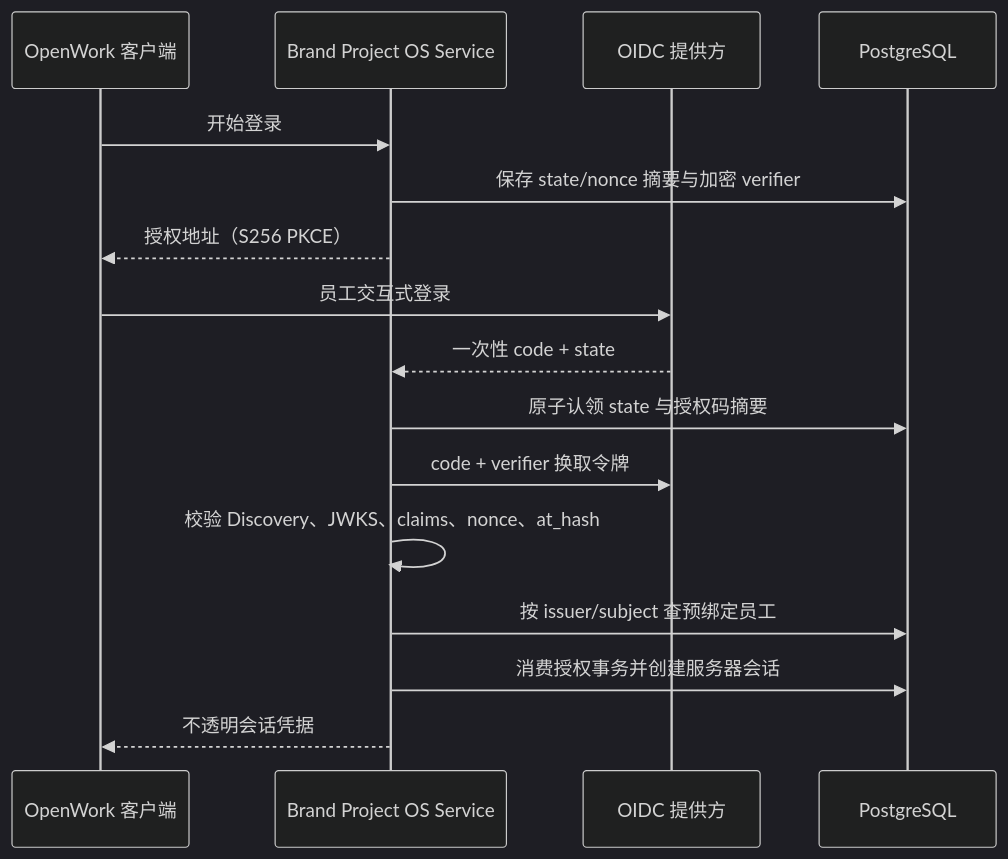
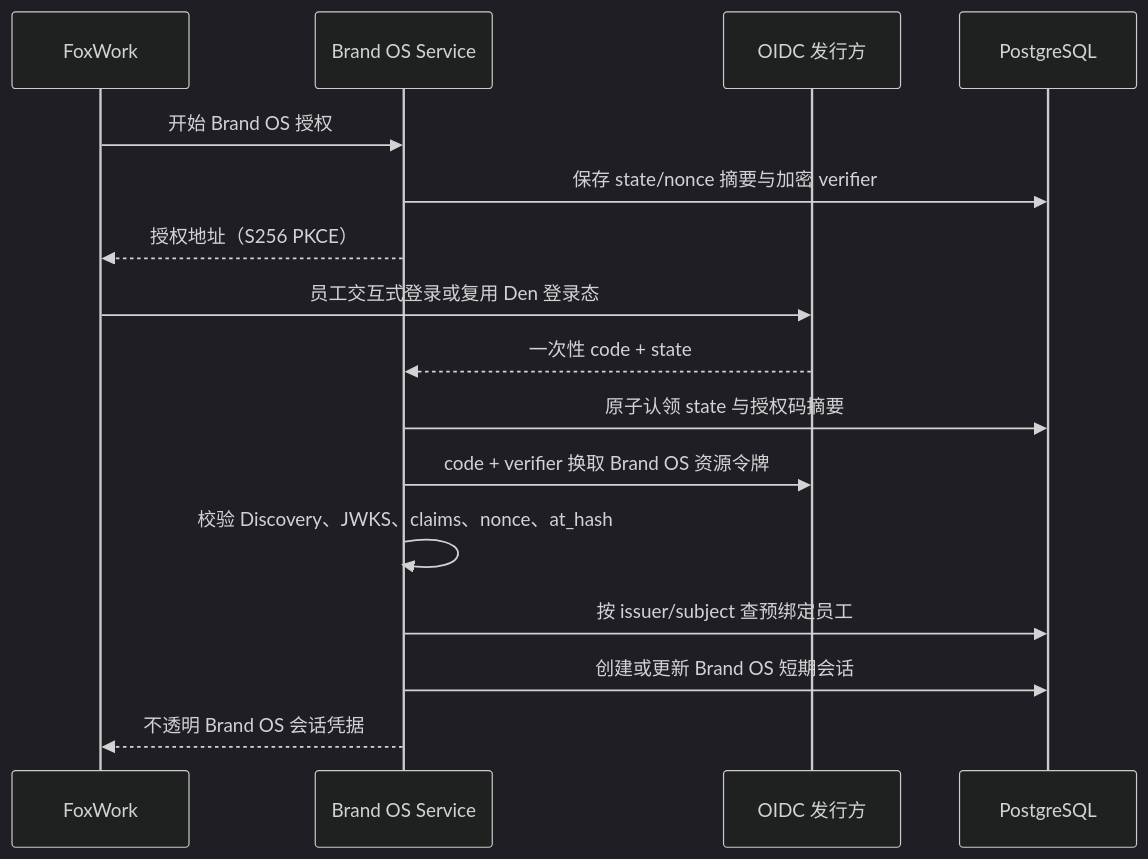
Before and after one commit to xingranya/fox: the diagram in docs/phase2/oidc-identity-and-sessions.md, drawn with Mermaid (dark theme). The commit also changed other lines of this file and 43 other files, not shown here.

First line of the commit message:
docs(spec): 统一 Den 与 Brand OS 活动规划

````diff
--- a/docs/phase2/oidc-identity-and-sessions.md
+++ b/docs/phase2/oidc-identity-and-sessions.md
@@ -19,19 +23,19 @@
 ```mermaid
 sequenceDiagram
-    participant C as OpenWork 客户端
-    participant S as Brand Project OS Service
-    participant I as OIDC 提供方
+    participant F as FoxWork
+    participant B as Brand OS Service
+    participant I as OIDC 发行方
     participant P as PostgreSQL
 
-    C->>S: 开始登录
-    S->>P: 保存 state/nonce 摘要与加密 verifier
-    S-->>C: 授权地址（S256 PKCE）
-    C->>I: 员工交互式登录
-    I-->>S: 一次性 code + state
-    S->>P: 原子认领 state 与授权码摘要
-    S->>I: code + verifier 换取令牌
-    S->>S: 校验 Discovery、JWKS、claims、nonce、at_hash
-    S->>P: 按 issuer/subject 查预绑定员工
-    S->>P: 消费授权事务并创建服务器会话
-    S-->>C: 不透明会话凭据
+    F->>B: 开始 Brand OS 授权
+    B->>P: 保存 state/nonce 摘要与加密 verifier
+    B-->>F: 授权地址（S256 PKCE）
+    F->>I: 员工交互式登录或复用 Den 登录态
+    I-->>B: 一次性 code + state
+    B->>P: 原子认领 state 与授权码摘要
+    B->>I: code + verifier 换取 Brand OS 资源令牌
+    B->>B: 校验 Discovery、JWKS、claims、nonce、at_hash
+    B->>P: 按 issuer/subject 查预绑定员工
+    B->>P: 创建或更新 Brand OS 短期会话
+    B-->>F: 不透明 Brand OS 会话凭据
 ```
````
